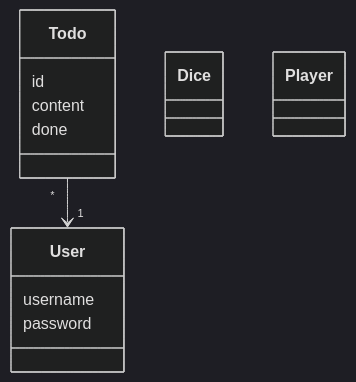
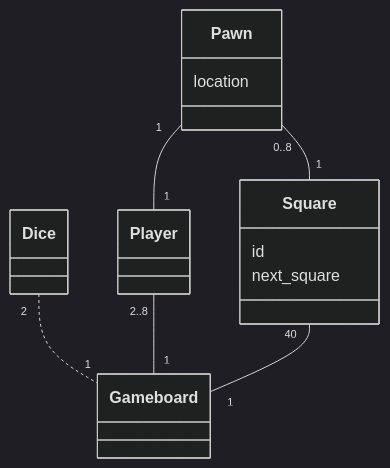
Before and after one commit to veskurau/ot-harjoitustyo: the diagram in laskarit/viikko3/monopoli.md, drawn with Mermaid (dark theme).

````diff
--- a/laskarit/viikko3/monopoli.md
+++ b/laskarit/viikko3/monopoli.md
@@ -1,18 +1,26 @@
 ```mermaid
  classDiagram
-      Todo "*" --> "1" User
-      class User{
-          username
-          password
-      }
-      class Todo{
-          id
-          content
-          done
-      }
+     
+      Dice "2" .. "1" Gameboard
       class Dice{
       }
+      Player "2..8" -- "1" Gameboard
+      
       class Player{
       }
+      class Gameboard{
+      }
+      Square "40" -- "1" Gameboard
+      class Square{
+          id 
+          next_square
+      }
+      Pawn "1" -- "1" Player
+      Pawn "0..8" -- "1" Square
+      class Pawn{
+          location
+      }
+
+
 
 ```
````
